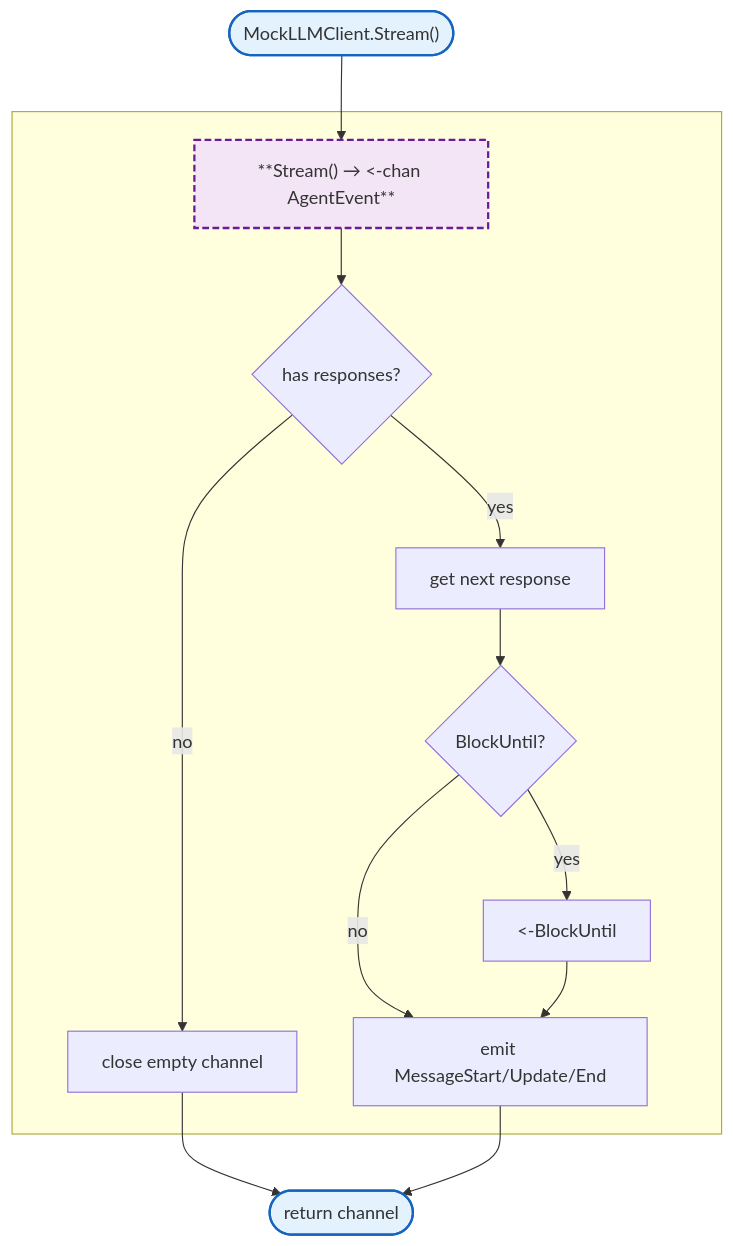
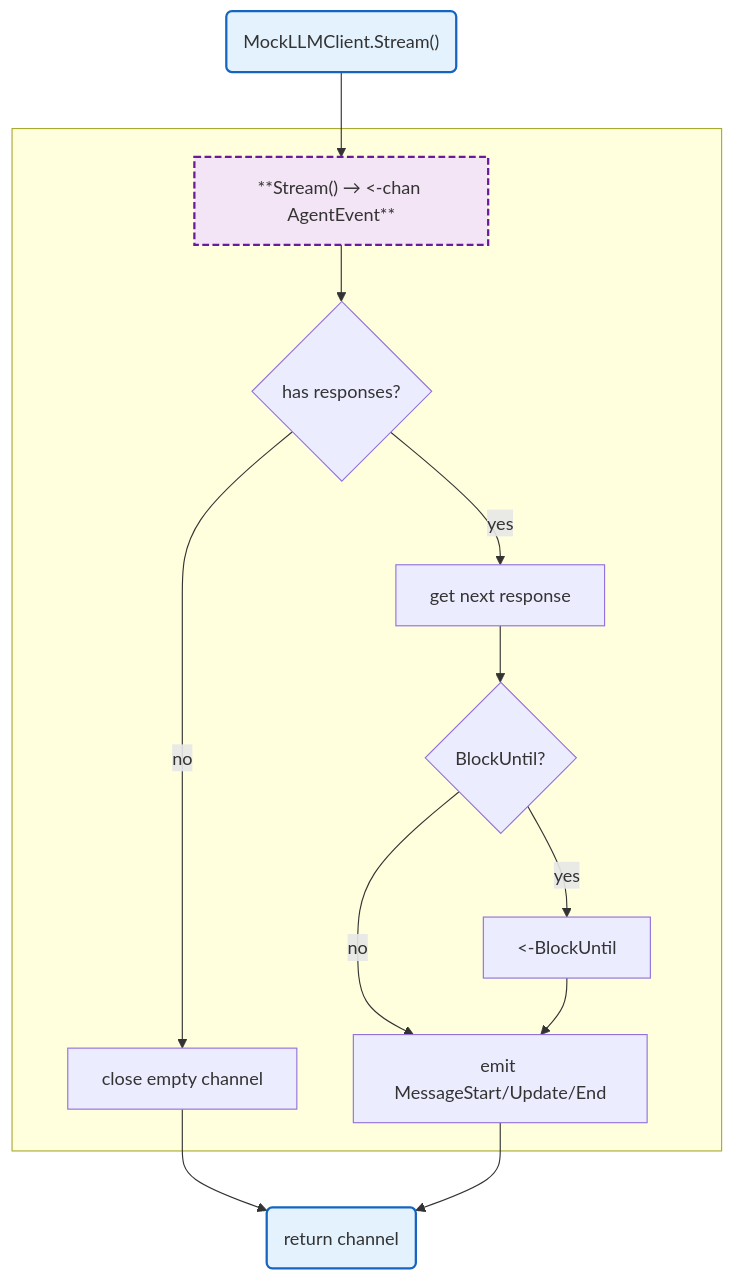
The diagram in docs/internal/agent/mock.md (radch-ai/ava), drawn with Mermaid before and after one commit. The commit also changed 24 other files, not shown here.

First line of the commit message:
fix(docs): fix mermaid syntax errors in all diagrams

````diff
--- a/docs/internal/agent/mock.md
+++ b/docs/internal/agent/mock.md
@@ -7,24 +7,24 @@
 ```mermaid
 flowchart TB
-    Start(["MockLLMClient.Stream()"]) --> HStream
+    Start("MockLLMClient.Stream()") --> HStream
 
     subgraph SGMock [" "]
         HStream["**Stream() → <-chan AgentEvent**"]
         HStream --> CheckResponses{has responses?}
         CheckResponses -->|no| CloseCh["close empty channel"]
         CheckResponses -->|yes| GetResp["get next response"]
         GetResp --> CheckBlock{BlockUntil?}
         CheckBlock -->|yes| Wait["<-BlockUntil"]
         CheckBlock -->|no| EmitEvents
         Wait --> EmitEvents["emit MessageStart/Update/End"]
     end
 
-    CloseCh --> Return(["return channel"])
+    CloseCh --> Return("return channel")
     EmitEvents --> Return
 
     classDef mainFn fill:#e3f2fd,stroke:#1565c0,stroke-width:2px
     classDef internalFn fill:#f3e5f5,stroke:#6a1b9a,stroke-width:2px,stroke-dasharray:6 3
 
     class Start,Return mainFn
     class HStream internalFn
 ```
````
